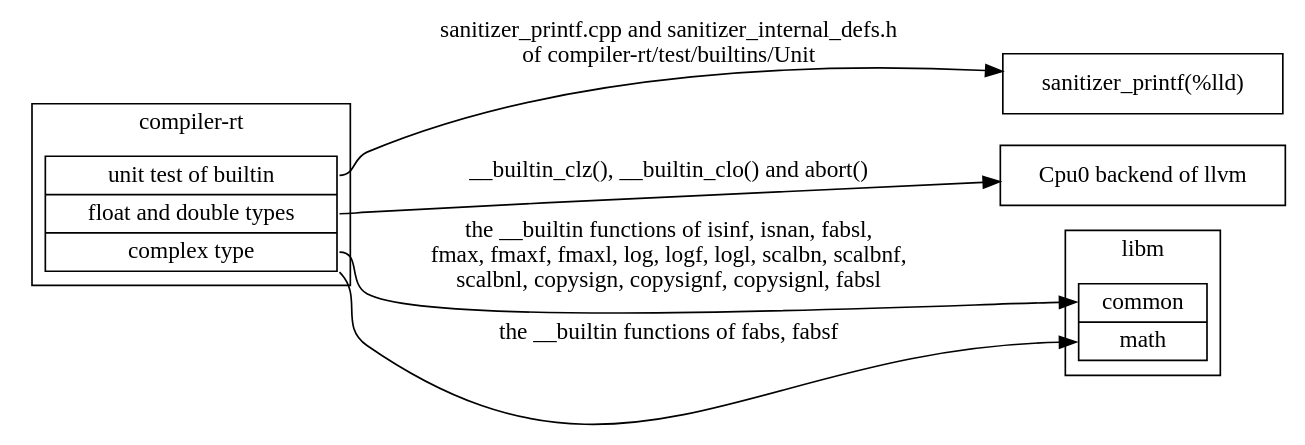
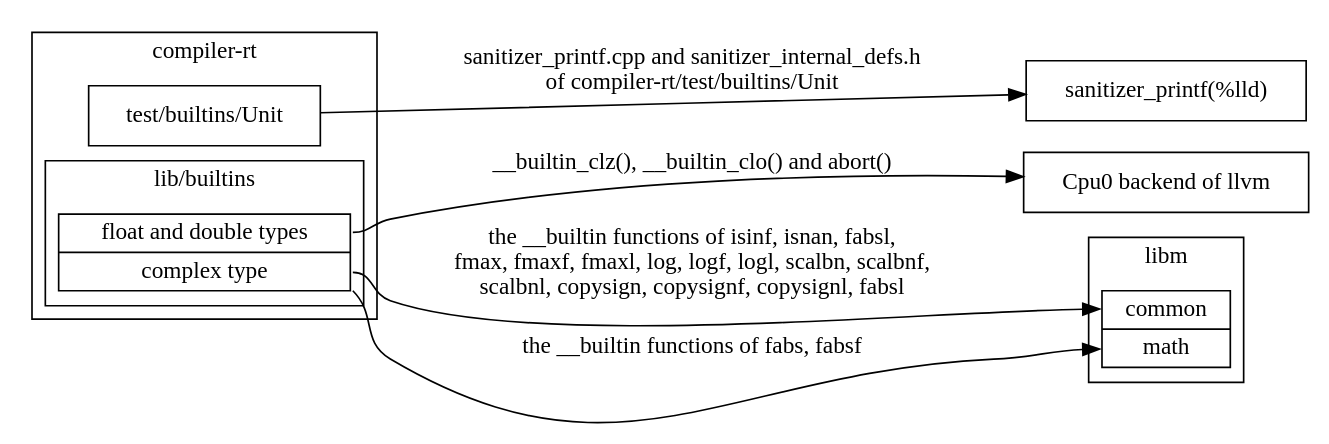
The diagram in Fig/lib/compiler-rt-dep.gv (Jonathan2251/lbt), drawn with Graphviz before and after one commit. The commit also changed 2 other files, not shown here.

Commit message:
lib.rst: compiler-rt-dep.gv

```diff
--- a/Fig/lib/compiler-rt-dep.gv
+++ b/Fig/lib/compiler-rt-dep.gv
@@ -1,25 +1,29 @@
 // dot -Tpng compiler-rt-dep.gv -o compiler-rt-dep.png
 digraph G {
   rankdir=LR;
 
   compound=true;
   node [shape=record];
 
   subgraph cluster_compiler_rt {
     label = "compiler-rt";
-    compiler_rt [label="<ut> unit test of builtin | <fdt> float and double types | <ct> complex type"];
+    utb [label="test/builtins/Unit"];
+    subgraph cluster_builtins {
+      label = "lib/builtins";
+      builtins [label="<fdt> float and double types | <ct> complex type"];
+    }
   }
 
   node [label = "sanitizer_printf(%lld)"]; sanitizer_printf;
   node [label = "Cpu0 backend of llvm"]; cpu0;
 
   subgraph cluster_libm {
     label = "libm";
     libm [label="<c> common | <ma> math"];
   }
 
-  compiler_rt:ct -> libm:c [label = "the __builtin functions of isinf, isnan, fabsl, \n fmax, fmaxf, fmaxl, log, logf, logl, scalbn, scalbnf, \n scalbnl, copysign, copysignf, copysignl, fabsl" ];
-  compiler_rt:ct:se -> libm:ma [label = "the __builtin functions of fabs, fabsf" ];
-  compiler_rt:fdt -> cpu0 [label = "__builtin_clz(), __builtin_clo() and abort()" ];
-  compiler_rt:ut -> sanitizer_printf [label = "sanitizer_printf.cpp and sanitizer_internal_defs.h \n of compiler-rt/test/builtins/Unit" ];
+  builtins:ct -> libm:c [label = "the __builtin functions of isinf, isnan, fabsl, \n fmax, fmaxf, fmaxl, log, logf, logl, scalbn, scalbnf, \n scalbnl, copysign, copysignf, copysignl, fabsl" ];
+  builtins:ct:se -> libm:ma [label = "the __builtin functions of fabs, fabsf" ];
+  builtins:fdt -> cpu0 [label = "__builtin_clz(), __builtin_clo() and abort()" ];
+  utb -> sanitizer_printf [label = "sanitizer_printf.cpp and sanitizer_internal_defs.h \n of compiler-rt/test/builtins/Unit" ];
 }
```
